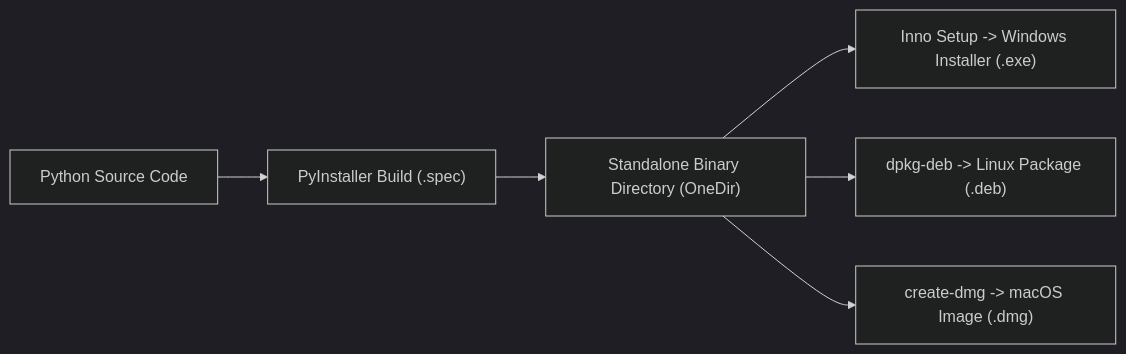
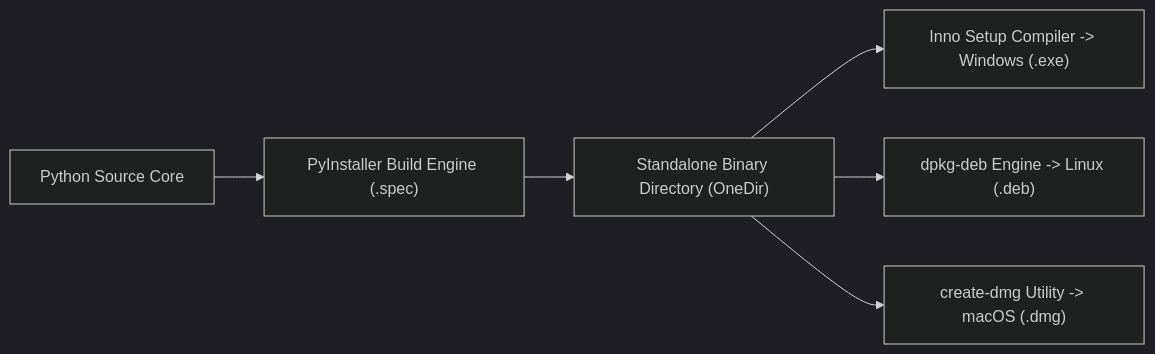
One commit to Arean82/Tailscale-Headscale-Client changed the third of 3 diagrams in Docs/README.md. Above: the diagram before and after it, drawn with Mermaid (dark theme). The commit also changed other lines of this file and 3 other files, not shown here.

````diff
--- a/Docs/README.md
+++ b/Docs/README.md
@@ -167,8 +176,8 @@
 ```mermaid
 graph LR
-    SRC["Python Source Code"] --> PYI["PyInstaller Build (.spec)"]
+    SRC["Python Source Core"] --> PYI["PyInstaller Build Engine (.spec)"]
     PYI --> DIR["Standalone Binary Directory (OneDir)"]
-    DIR --> WIN["Inno Setup -> Windows Installer (.exe)"]
-    DIR --> DEB["dpkg-deb -> Linux Package (.deb)"]
-    DIR --> MAC["create-dmg -> macOS Image (.dmg)"]
+    DIR --> WIN["Inno Setup Compiler -> Windows (.exe)"]
+    DIR --> DEB["dpkg-deb Engine -> Linux (.deb)"]
+    DIR --> MAC["create-dmg Utility -> macOS (.dmg)"]
 ```
````
